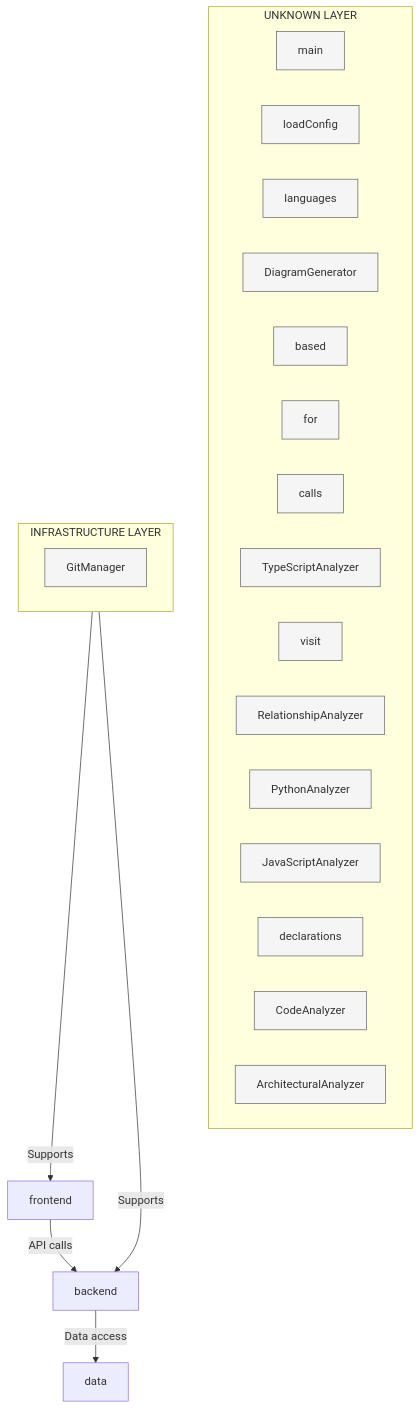
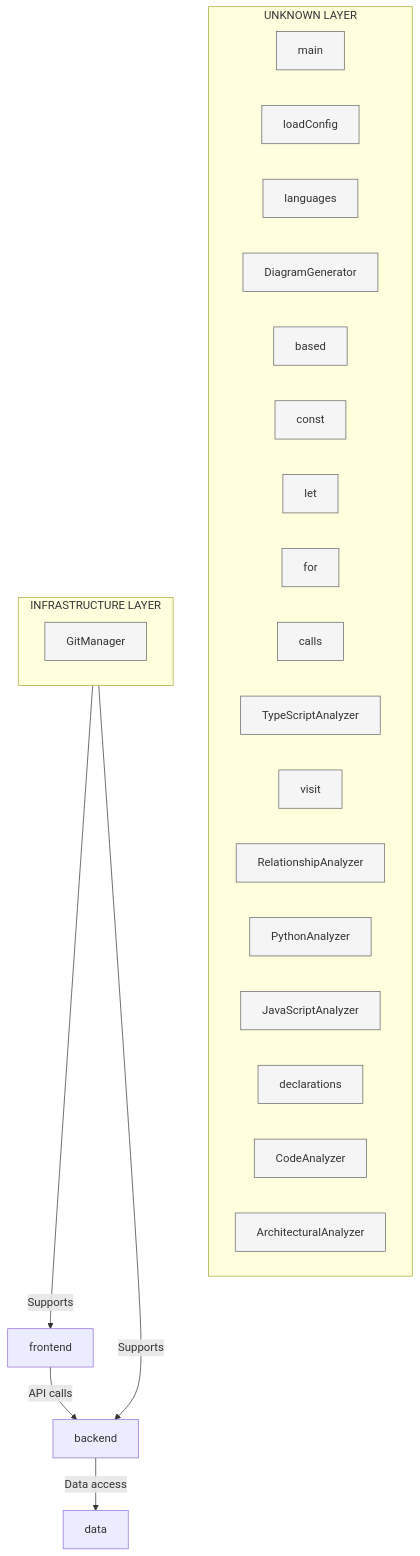
One commit to samjhill/diagrammer changed the diagram in docs/architecture/layeredArchitecture.md. Above: the diagram before and after it, drawn with Mermaid. The commit also changed 5 other files, not shown here.

Commit message:
docs: Update architecture diagrams [skip ci]

````diff
--- a/docs/architecture/layeredArchitecture.md
+++ b/docs/architecture/layeredArchitecture.md
@@ -7,55 +7,59 @@
 ```mermaid
 graph TB
   classDef frontend fill:#e3f2fd,stroke:#1976d2,stroke-width:3px
   classDef backend fill:#e8f5e8,stroke:#388e3c,stroke-width:3px
   classDef data fill:#fff3e0,stroke:#f57c00,stroke-width:3px
   classDef infrastructure fill:#f3e5f5,stroke:#7b1fa2,stroke-width:3px
   classDef component fill:#f5f5f5,stroke:#666,stroke-width:1px
 
   subgraph unknown["UNKNOWN LAYER"]
     classDef unknownClass fill:#f5f5f5,stroke:#666,stroke-width:1px
     main["main"]
     main:::component
     loadConfig["loadConfig"]
     loadConfig:::component
     languages["languages"]
     languages:::component
     DiagramGenerator["DiagramGenerator"]
     DiagramGenerator:::component
     based["based"]
     based:::component
+    const["const"]
+    const:::component
+    let["let"]
+    let:::component
     for["for"]
     for:::component
     calls["calls"]
     calls:::component
     TypeScriptAnalyzer["TypeScriptAnalyzer"]
     TypeScriptAnalyzer:::component
     visit["visit"]
     visit:::component
     RelationshipAnalyzer["RelationshipAnalyzer"]
     RelationshipAnalyzer:::component
     PythonAnalyzer["PythonAnalyzer"]
     PythonAnalyzer:::component
     JavaScriptAnalyzer["JavaScriptAnalyzer"]
     JavaScriptAnalyzer:::component
     declarations["declarations"]
     declarations:::component
     CodeAnalyzer["CodeAnalyzer"]
     CodeAnalyzer:::component
     ArchitecturalAnalyzer["ArchitecturalAnalyzer"]
     ArchitecturalAnalyzer:::component
   end
 
   subgraph infrastructure["INFRASTRUCTURE LAYER"]
     classDef infrastructureClass fill:#f5f5f5,stroke:#666,stroke-width:1px
     GitManager["GitManager"]
     GitManager:::component
   end
 
   %% Layer relationships
   frontend -->|API calls| backend
   backend -->|Data access| data
   infrastructure -->|Supports| frontend
   infrastructure -->|Supports| backend
 
 ```
````
